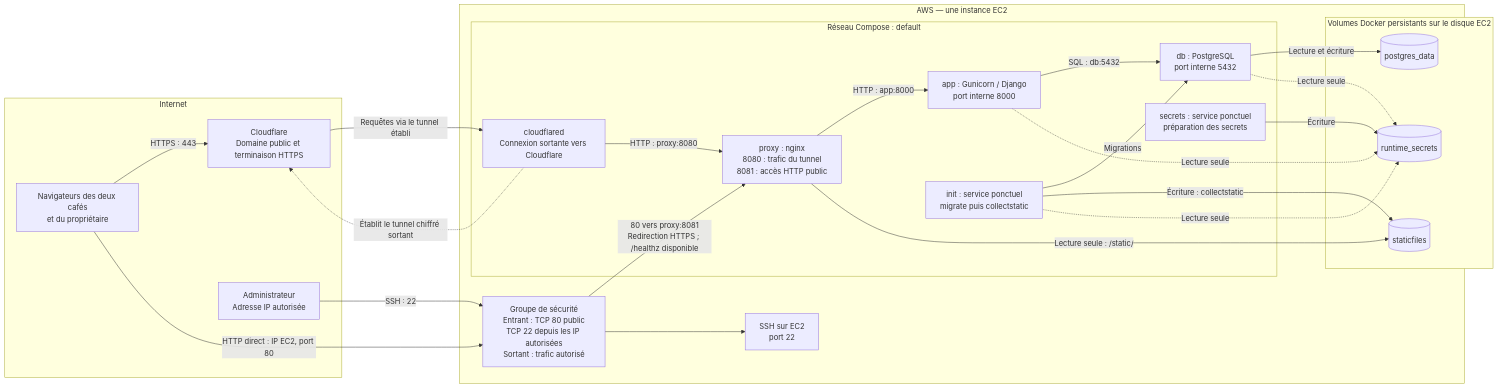
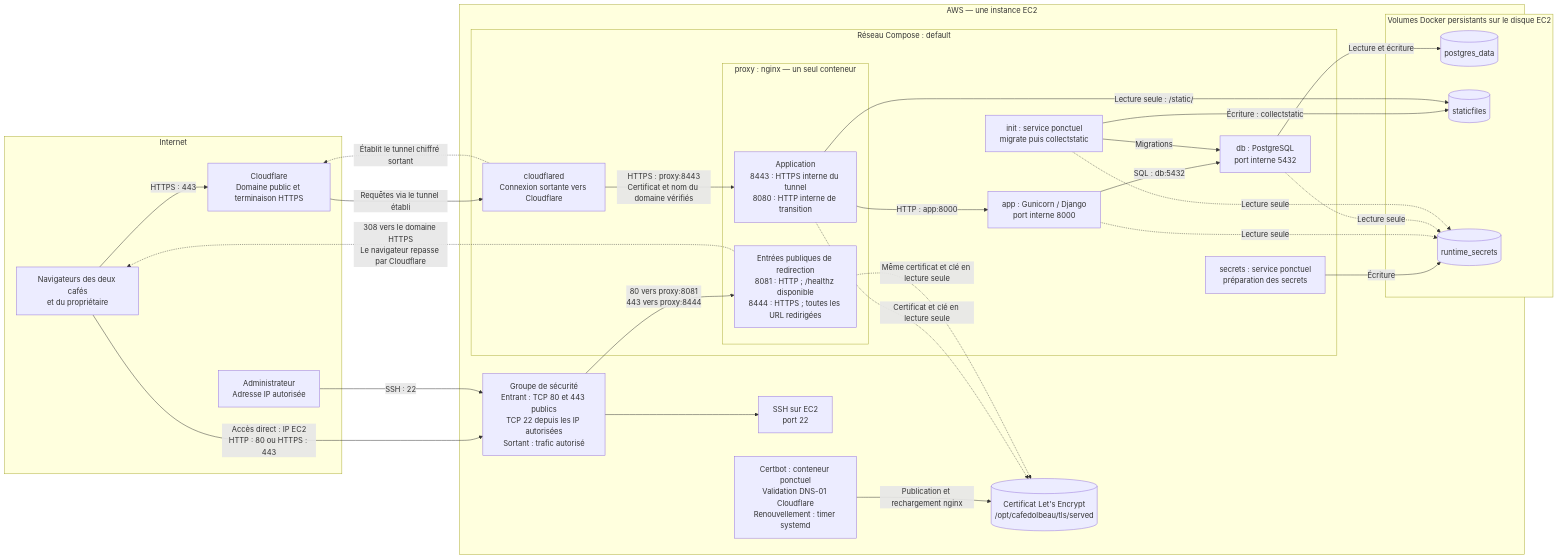
Before and after one commit to ShepherdPoggers/cafeDolbeau_: the first of 2 diagrams in docs/conception.md, drawn with Mermaid. The commit also changed other lines of this file and 9 other files, not shown here.

````diff
--- a/docs/conception.md
+++ b/docs/conception.md
@@ -82,47 +82,56 @@
 ```mermaid
 flowchart LR
     subgraph internet["Internet"]
         navigateur["Navigateurs des deux cafés<br/>et du propriétaire"]
         cloudflare["Cloudflare<br/>Domaine public et terminaison HTTPS"]
         admin["Administrateur<br/>Adresse IP autorisée"]
     end
 
     subgraph aws["AWS — une instance EC2"]
-        sg["Groupe de sécurité<br/>Entrant : TCP 80 public<br/>TCP 22 depuis les IP autorisées<br/>Sortant : trafic autorisé"]
+        sg["Groupe de sécurité<br/>Entrant : TCP 80 et 443 publics<br/>TCP 22 depuis les IP autorisées<br/>Sortant : trafic autorisé"]
         ssh["SSH sur EC2<br/>port 22"]
+        certbot["Certbot : conteneur ponctuel<br/>Validation DNS-01 Cloudflare<br/>Renouvellement : timer systemd"]
+        certificats[("Certificat Let's Encrypt<br/>/opt/cafedolbeau/tls/served")]
 
         subgraph reseau["Réseau Compose : default"]
             tunnel["cloudflared<br/>Connexion sortante vers Cloudflare"]
-            proxy["proxy : nginx<br/>8080 : trafic du tunnel<br/>8081 : accès HTTP public"]
+            subgraph nginx["proxy : nginx — un seul conteneur"]
+                proxy["Application<br/>8443 : HTTPS interne du tunnel<br/>8080 : HTTP interne de transition"]
+                redirection["Entrées publiques de redirection<br/>8081 : HTTP ; /healthz disponible<br/>8444 : HTTPS ; toutes les URL redirigées"]
+            end
             app["app : Gunicorn / Django<br/>port interne 8000"]
             db["db : PostgreSQL<br/>port interne 5432"]
             init["init : service ponctuel<br/>migrate puis collectstatic"]
             secrets["secrets : service ponctuel<br/>préparation des secrets"]
         end
 
         subgraph volumes["Volumes Docker persistants sur le disque EC2"]
             postgres_data[("postgres_data")]
             staticfiles[("staticfiles")]
             runtime_secrets[("runtime_secrets")]
         end
     end
 
     navigateur -->|"HTTPS : 443"| cloudflare
     tunnel -.->|"Établit le tunnel chiffré sortant"| cloudflare
     cloudflare -->|"Requêtes via le tunnel établi"| tunnel
-    tunnel -->|"HTTP : proxy:8080"| proxy
-    navigateur -->|"HTTP direct : IP EC2, port 80"| sg
-    sg -->|"80 vers proxy:8081<br/>Redirection HTTPS ; /healthz disponible"| proxy
+    tunnel -->|"HTTPS : proxy:8443<br/>Certificat et nom du domaine vérifiés"| proxy
+    navigateur -->|"Accès direct : IP EC2<br/>HTTP : 80 ou HTTPS : 443"| sg
+    sg -->|"80 vers proxy:8081<br/>443 vers proxy:8444"| redirection
+    redirection -.->|"308 vers le domaine HTTPS<br/>Le navigateur repasse par Cloudflare"| navigateur
     admin -->|"SSH : 22"| sg
     sg --> ssh
+    certbot -->|"Publication et rechargement nginx"| certificats
+    proxy -.->|"Certificat et clé en lecture seule"| certificats
+    redirection -.->|"Même certificat et clé en lecture seule"| certificats
     proxy -->|"HTTP : app:8000"| app
     app -->|"SQL : db:5432"| db
     init -->|"Migrations"| db
     db -->|"Lecture et écriture"| postgres_data
     init -->|"Écriture : collectstatic"| staticfiles
     proxy -->|"Lecture seule : /static/"| staticfiles
     secrets -->|"Écriture"| runtime_secrets
     app -.->|"Lecture seule"| runtime_secrets
     db -.->|"Lecture seule"| runtime_secrets
     init -.->|"Lecture seule"| runtime_secrets
 ```
````
